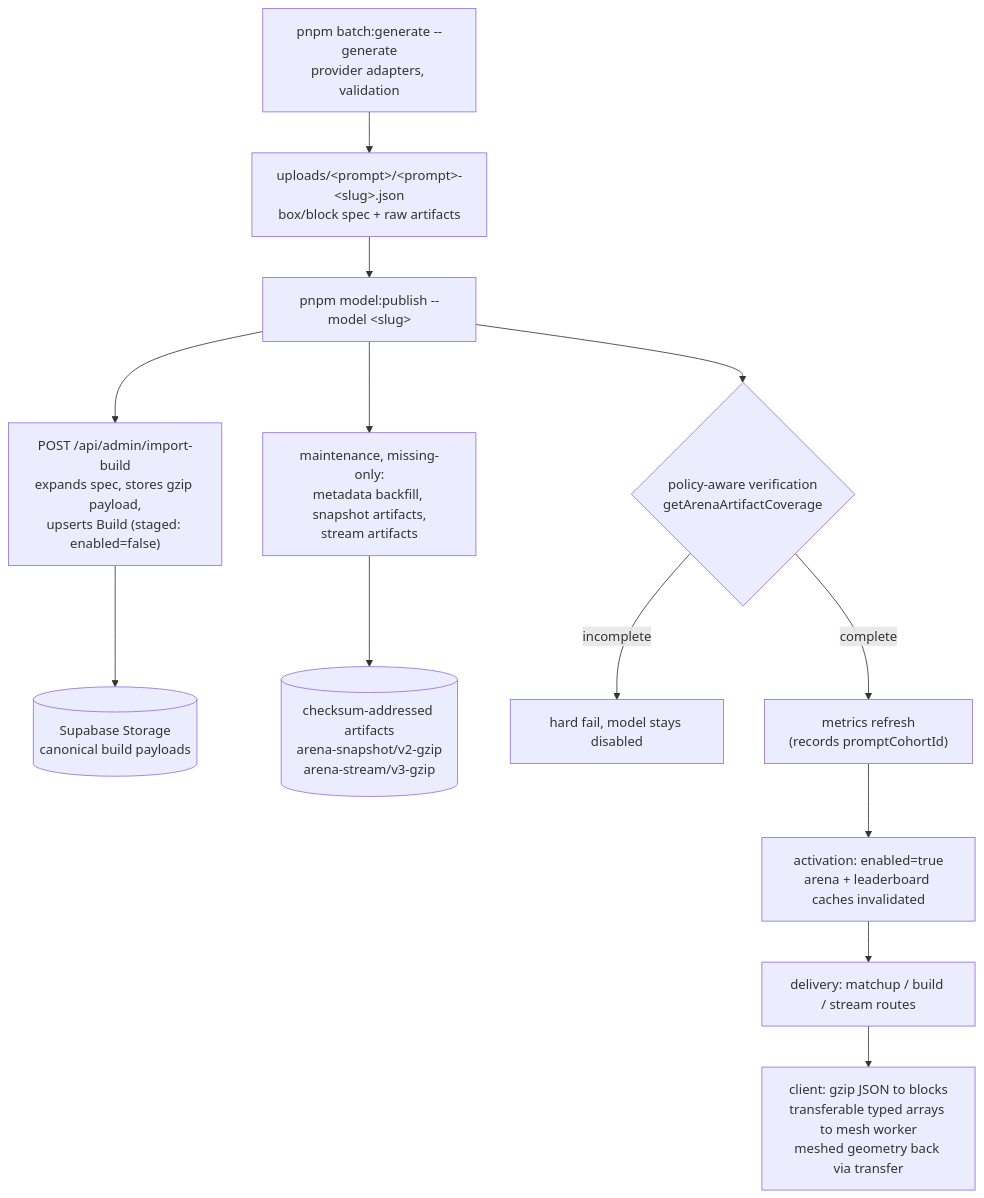
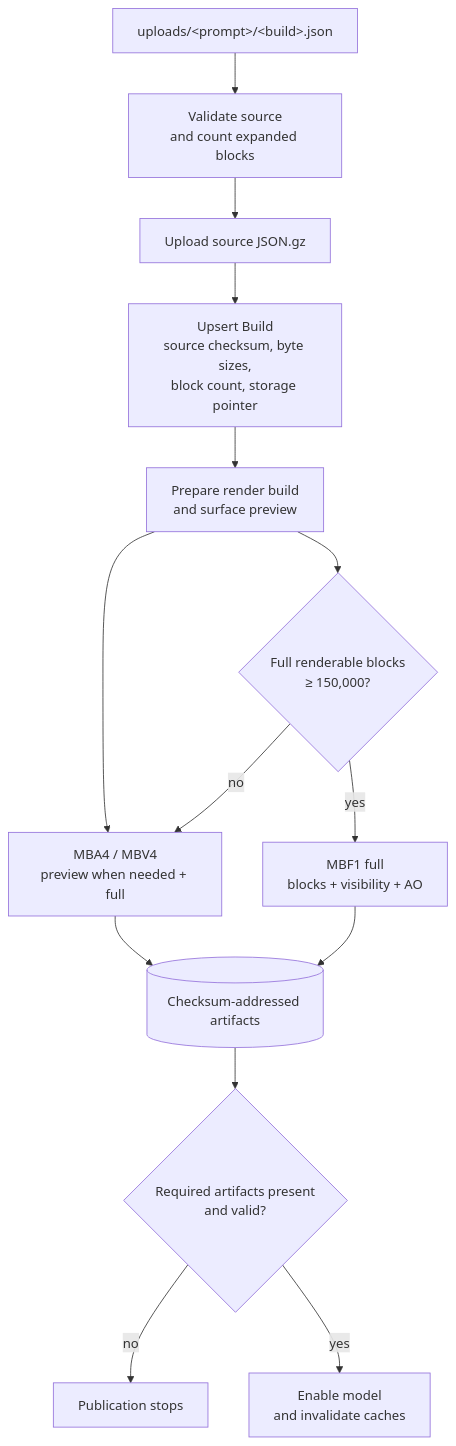
Before and after one commit to Ammaar-Alam/minebench: the second of 4 diagrams in docs/architecture.md, drawn with Mermaid. The commit also changed other lines of this file and 1 other file, not shown here.

Commit message:
docs(architecture): document MBF1 delivery pipeline

````diff
--- a/docs/architecture.md
+++ b/docs/architecture.md
@@ -66,15 +49,18 @@
 ```mermaid
 flowchart TD
-    G["pnpm batch:generate --generate<br/>provider adapters, validation"] --> U["uploads/&lt;prompt&gt;/&lt;prompt&gt;-&lt;slug&gt;.json<br/>box/block spec + raw artifacts"]
-    U --> P["pnpm model:publish --model &lt;slug&gt;"]
-    P --> I["POST /api/admin/import-build<br/>expands spec, stores gzip payload,<br/>upserts Build (staged: enabled=false)"]
-    I --> S[("Supabase Storage<br/>canonical build payloads")]
-    P --> M["maintenance, missing-only:<br/>metadata backfill, snapshot artifacts,<br/>stream artifacts"]
-    M --> A[("checksum-addressed artifacts<br/>arena-snapshot/v2-gzip<br/>arena-stream/v3-gzip")]
-    P --> V{"policy-aware verification<br/>getArenaArtifactCoverage"}
-    V -- incomplete --> X["hard fail, model stays disabled"]
-    V -- complete --> R["metrics refresh<br/>(records promptCohortId)"]
-    R --> E["activation: enabled=true<br/>arena + leaderboard caches invalidated"]
-    E --> D["delivery: matchup / build / stream routes"]
-    D --> W["client: gzip JSON to blocks<br/>transferable typed arrays to mesh worker<br/>meshed geometry back via transfer"]
+    FILE["uploads/&lt;prompt&gt;/&lt;build&gt;.json"] --> VALIDATE["Validate source<br/>and count expanded blocks"]
+    VALIDATE --> UPLOAD["Upload source JSON.gz"]
+    UPLOAD --> ROW["Upsert Build<br/>source checksum, byte sizes,<br/>block count, storage pointer"]
+    ROW --> PREPARE["Prepare render build<br/>and surface preview"]
+
+    PREPARE --> V4["MBA4 / MBV4<br/>preview when needed + full"]
+    PREPARE --> SIZE{"Full renderable blocks<br/>≥ 150,000?"}
+    SIZE -- yes --> FACTS["MBF1 full<br/>blocks + visibility + AO"]
+    SIZE -- no --> V4
+
+    V4 --> STORE[("Checksum-addressed artifacts")]
+    FACTS --> STORE
+    STORE --> AUDIT{"Required artifacts present<br/>and valid?"}
+    AUDIT -- no --> STOP["Publication stops"]
+    AUDIT -- yes --> ENABLE["Enable model<br/>and invalidate caches"]
 ```
````
